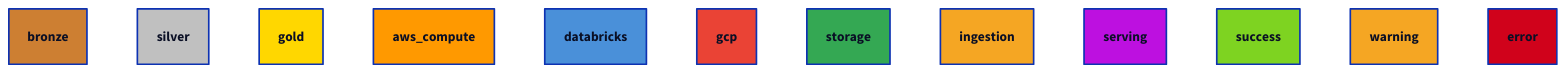
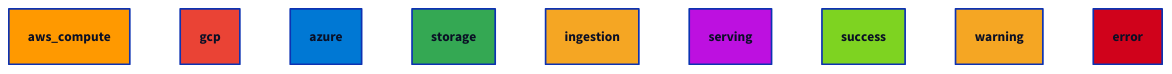
Diagram 20 of 22 in diagram/SKILL.md (saselvan/claude-skills), drawn with D2 before and after one commit. The commit also changed other lines of this file and 2 other files, not shown here.

Commit message:
diagram v3.1: border conventions, icon conventions, cloud platform layer, lifecycle exception, expanded product naming — from Databricks ref arch analysis

````diff
--- a/diagram/SKILL.md
+++ b/diagram/SKILL.md
@@ -678,21 +1022,16 @@
 ```d2
-# Medallion layers
-bronze: { style.fill: "#CD7F32" }      # Bronze
-silver: { style.fill: "#C0C0C0" }      # Silver
-gold: { style.fill: "#FFD700" }        # Gold
-
 # Cloud / compute
 aws_compute: { style.fill: "#FF9900" }
-databricks: { style.fill: "#4A90D9" }
 gcp: { style.fill: "#EA4335" }
+azure: { style.fill: "#0078D4" }
 
 # Data flow
 storage: { style.fill: "#34A853" }
 ingestion: { style.fill: "#F5A623" }
 serving: { style.fill: "#BD10E0" }
 
 # Status
 success: { style.fill: "#7ED321" }
 warning: { style.fill: "#F5A623" }
 error: { style.fill: "#D0021B" }
 ```
````
